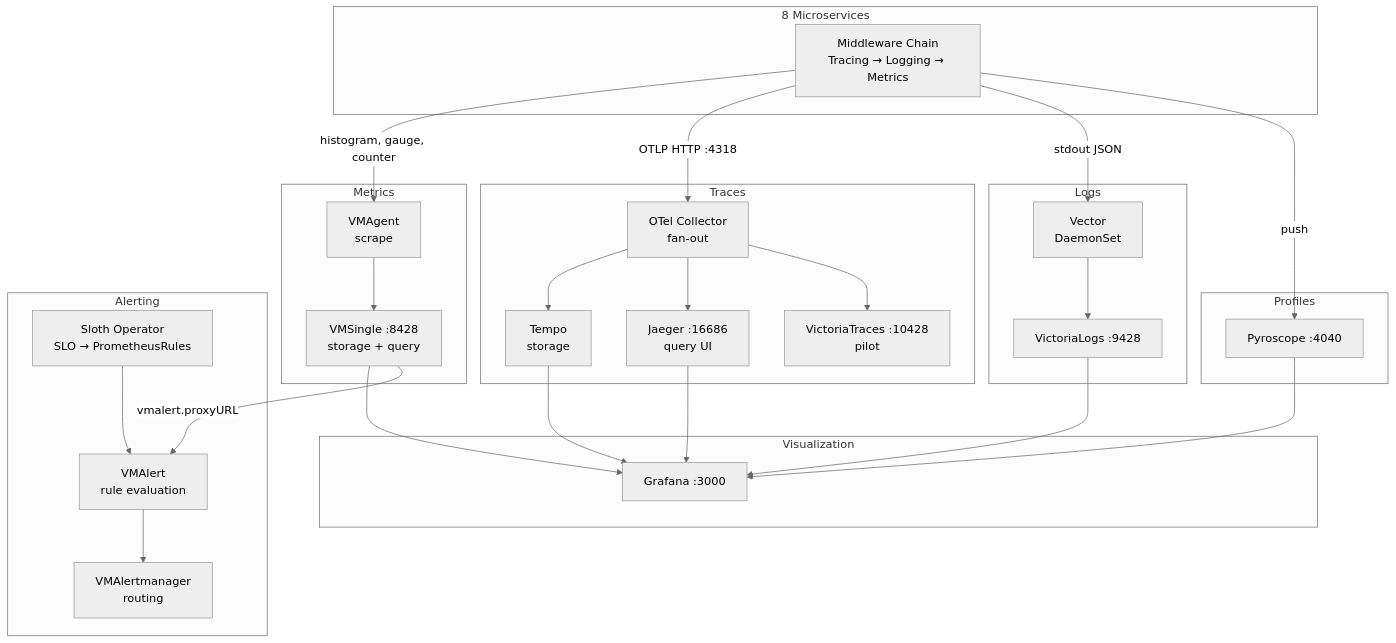
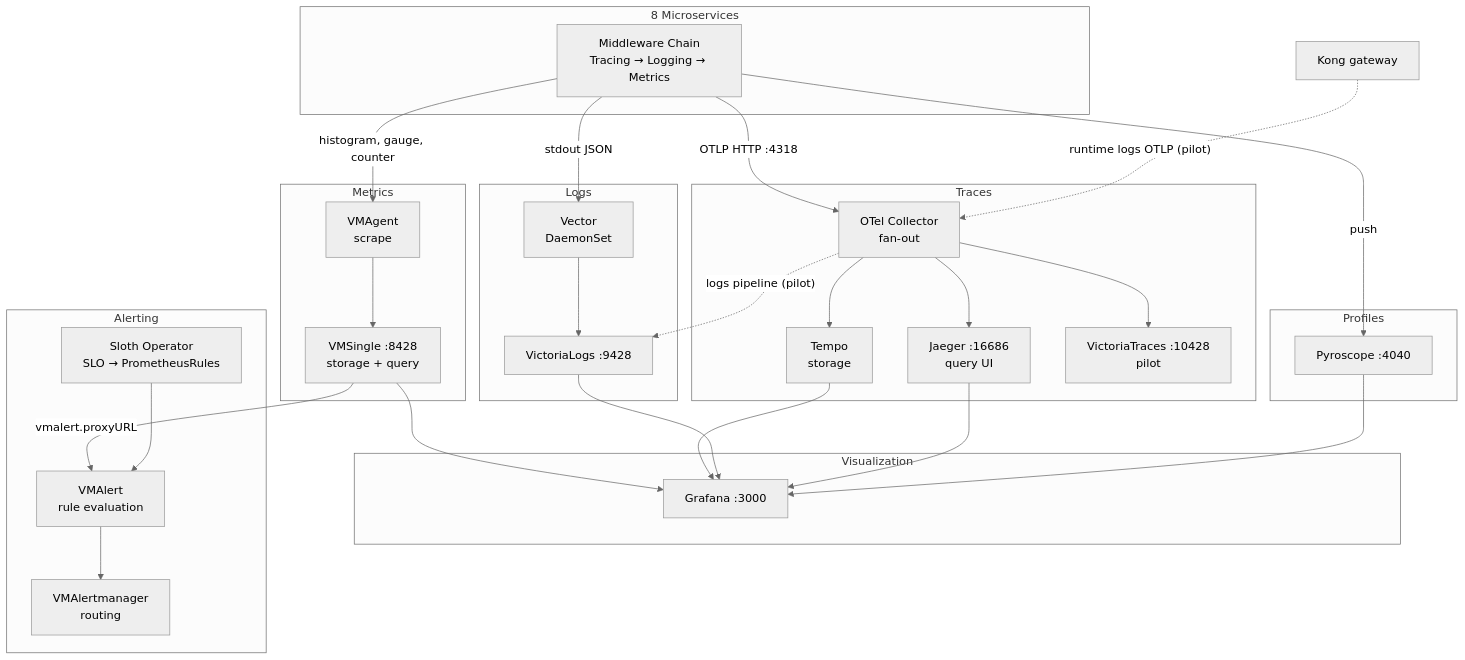
One commit to duynhlab/homelab changed the first of 5 diagrams in docs/observability/README.md. Above: the diagram before and after it, drawn with Mermaid (neutral theme). The commit also changed other lines of this file and 10 other files, not shown here.

````diff
--- a/docs/observability/README.md
+++ b/docs/observability/README.md
@@ -7,58 +7,60 @@
 ```mermaid
 flowchart TD
     subgraph services [8 Microservices]
         MW["Middleware Chain<br/>Tracing → Logging → Metrics"]
     end
 
     subgraph pillar1 [Metrics]
         VMAgent["VMAgent<br/>scrape"]
         VMSingle["VMSingle :8428<br/>storage + query"]
     end
 
     subgraph pillar2 [Traces]
         OTel["OTel Collector<br/>fan-out"]
         Tempo["Tempo<br/>storage"]
         Jaeger["Jaeger :16686<br/>query UI"]
         VictoriaTraces["VictoriaTraces :10428<br/>pilot"]
     end
 
     subgraph pillar3 [Logs]
         Vector["Vector<br/>DaemonSet"]
         VLogs["VictoriaLogs :9428"]
     end
 
     subgraph pillar4 [Profiles]
         Pyroscope["Pyroscope :4040"]
     end
 
     subgraph viz [Visualization]
         Grafana["Grafana :3000"]
     end
 
     subgraph alert [Alerting]
         VMAlert["VMAlert<br/>rule evaluation"]
         VMAlertmanager["VMAlertmanager<br/>routing"]
         Sloth["Sloth Operator<br/>SLO → PrometheusRules"]
     end
 
     MW -->|"histogram, gauge, counter"| VMAgent
     MW -->|"OTLP HTTP :4318"| OTel
     MW -->|"stdout JSON"| Vector
     MW -->|"push"| Pyroscope
 
     VMAgent --> VMSingle
     OTel --> Tempo
     OTel --> Jaeger
     OTel --> VictoriaTraces
     Vector --> VLogs
+    Kong["Kong gateway"] -.->|"runtime logs OTLP (pilot)"| OTel
+    OTel -.->|"logs pipeline (pilot)"| VLogs
 
     VMSingle --> Grafana
     Tempo --> Grafana
     VLogs --> Grafana
     Jaeger --> Grafana
     Pyroscope --> Grafana
 
     VMSingle -->|"vmalert.proxyURL"| VMAlert
     VMAlert --> VMAlertmanager
     Sloth --> VMAlert
 ```
````
